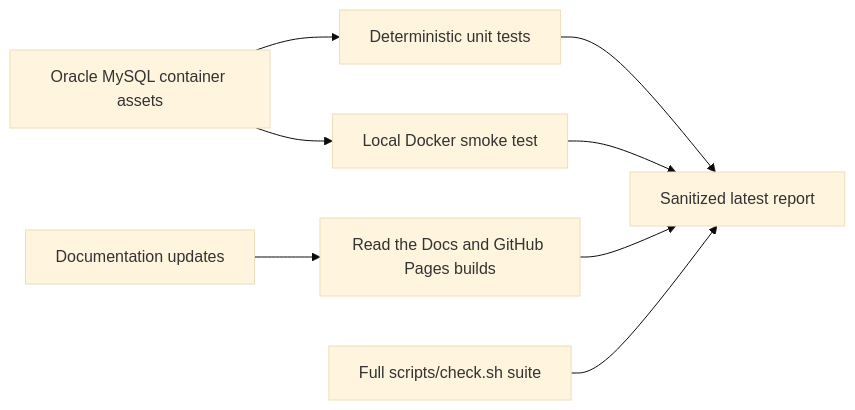
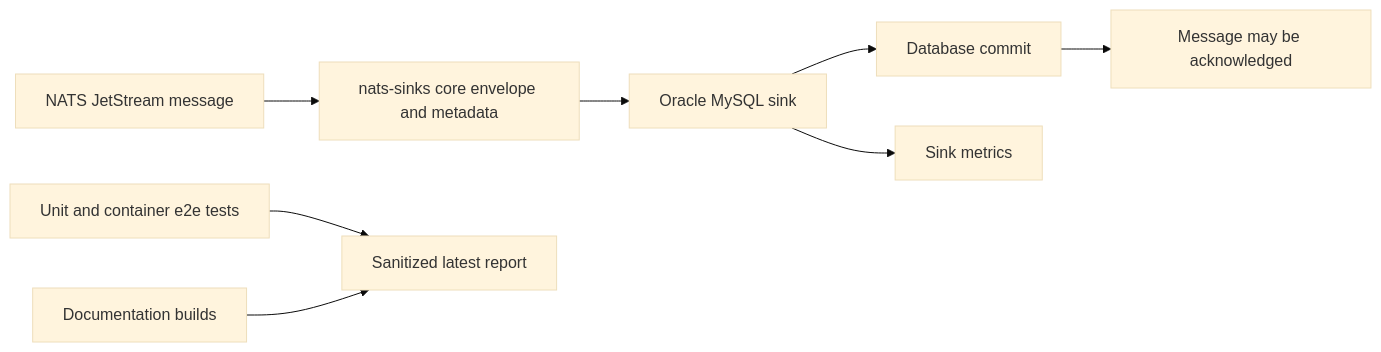
One commit to ProjectCuillin/nats-sinks changed the diagram in docs/test-report.md. Above: the diagram before and after it, drawn with Mermaid (base theme). The commit also changed other lines of this file and 46 other files, not shown here.

Commit message:
Add Oracle MySQL sink

````diff
--- a/docs/test-report.md
+++ b/docs/test-report.md
@@ -34,10 +33,10 @@
 ```mermaid
 flowchart LR
-    Assets[Oracle MySQL container assets] --> Unit[Deterministic unit tests]
-    Assets --> Smoke[Local Docker smoke test]
-    Docs[Documentation updates] --> MkDocs[Read the Docs and GitHub Pages builds]
-    Unit --> Report[Sanitized latest report]
-    Smoke --> Report
-    MkDocs --> Report
-    Check[Full scripts/check.sh suite] --> Report
+    NATS[NATS JetStream message] --> Core[nats-sinks core envelope and metadata]
+    Core --> MySQL[Oracle MySQL sink]
+    MySQL --> Commit[Database commit]
+    Commit --> Ack[Message may be acknowledged]
+    MySQL --> Metrics[Sink metrics]
+    Tests[Unit and container e2e tests] --> Report[Sanitized latest report]
+    Docs[Documentation builds] --> Report
 ```
````
